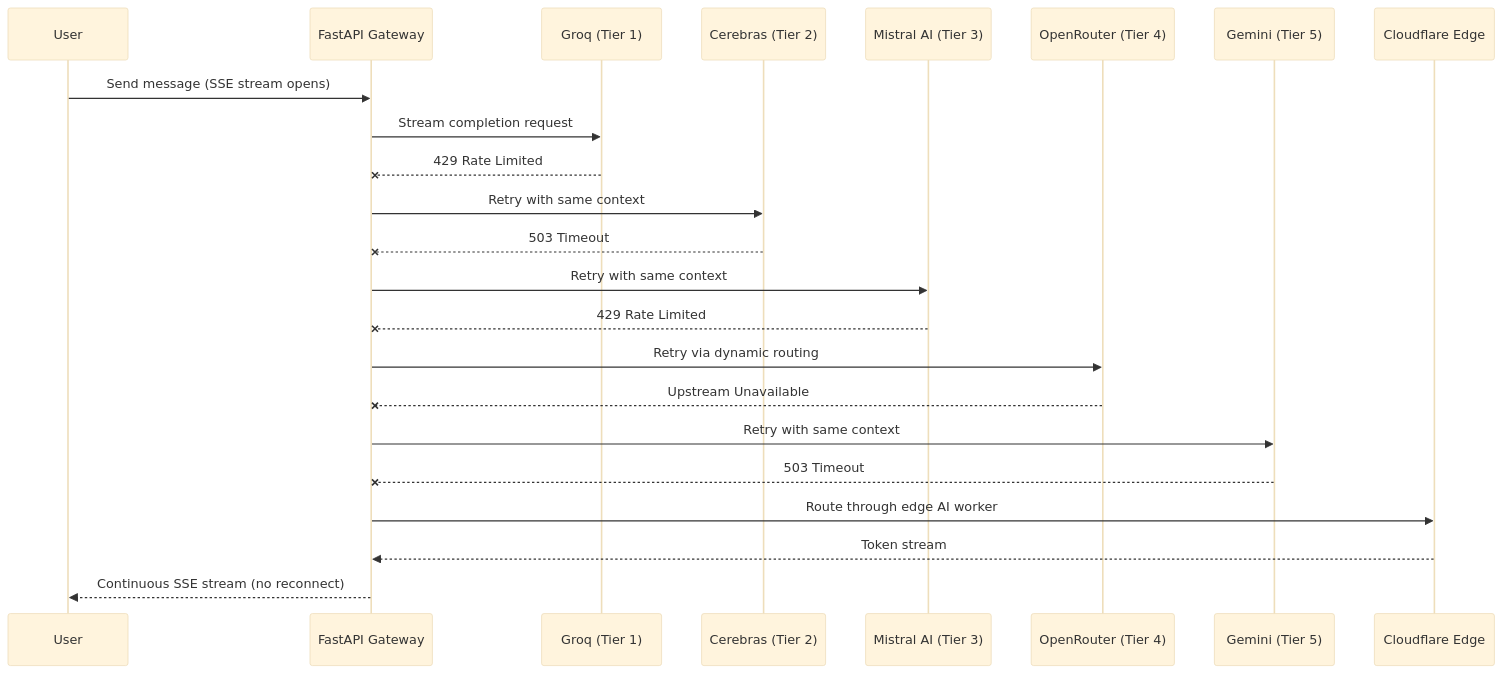
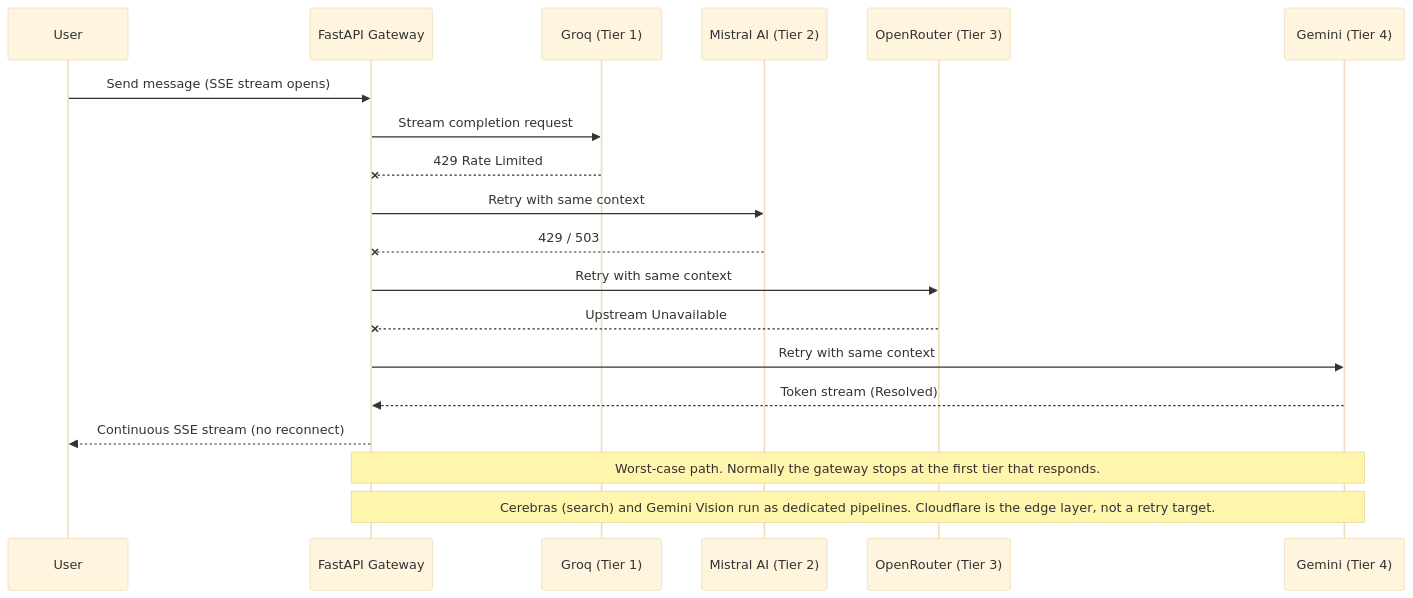
One commit to Md-Salik-Ubair/ubair-os changed the second of 2 diagrams in README.md. Above: the diagram before and after it, drawn with Mermaid (base theme). The commit also changed other lines of this file, not shown here.

Commit message:
docs: finalize production architectural README with 4-tier mesh and edge topology

````diff
--- a/README.md
+++ b/README.md
@@ -129,26 +164,23 @@
 ```mermaid
 sequenceDiagram
     participant U as User
     participant G as FastAPI Gateway
     participant P1 as Groq (Tier 1)
-    participant P2 as Cerebras (Tier 2)
-    participant P3 as Mistral AI (Tier 3)
-    participant P4 as OpenRouter (Tier 4)
-    participant P5 as Gemini (Tier 5)
-    participant CF as Cloudflare Edge
+    participant P2 as Mistral AI (Tier 2)
+    participant P3 as OpenRouter (Tier 3)
+    participant P4 as Gemini (Tier 4)
 
     U->>G: Send message (SSE stream opens)
     G->>P1: Stream completion request
     P1--xG: 429 Rate Limited
     G->>P2: Retry with same context
-    P2--xG: 503 Timeout
+    P2--xG: 429 / 503
     G->>P3: Retry with same context
-    P3--xG: 429 Rate Limited
-    G->>P4: Retry via dynamic routing
-    P4--xG: Upstream Unavailable
-    G->>P5: Retry with same context
-    P5--xG: 503 Timeout
-    G->>CF: Route through edge AI worker
-    CF-->>G: Token stream
+    P3--xG: Upstream Unavailable
+    G->>P4: Retry with same context
+    P4-->>G: Token stream (Resolved)
     G-->>U: Continuous SSE stream (no reconnect)
+
+    Note over G,P4: Worst-case path. Normally the gateway stops at the first tier that responds.
+    Note over G,P4: Cerebras (search) and Gemini Vision run as dedicated pipelines. Cloudflare is the edge layer, not a retry target.
 ```
````
